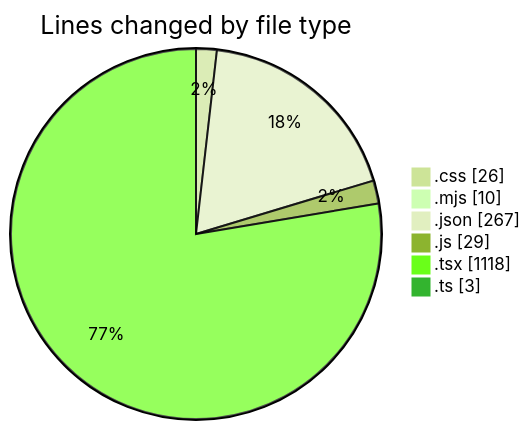
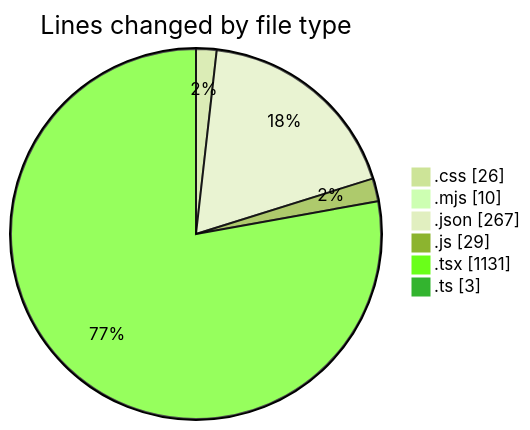
Before and after one commit to Ritupan-Deka/code-tracking: the first of 2 diagrams in 2025-06-23/scopecraft/README.md, drawn with Mermaid (forest theme). The commit also changed other lines of this file and 1 other file, not shown here.

````diff
--- a/2025-06-23/scopecraft/README.md
+++ b/2025-06-23/scopecraft/README.md
@@ -42,10 +42,10 @@
 ```mermaid
 pie showData
 title Lines changed by file type
 ".css" : 26
 ".mjs" : 10
 ".json" : 267
 ".js" : 29
-".tsx" : 1118
+".tsx" : 1131
 ".ts" : 3
 ```
````
